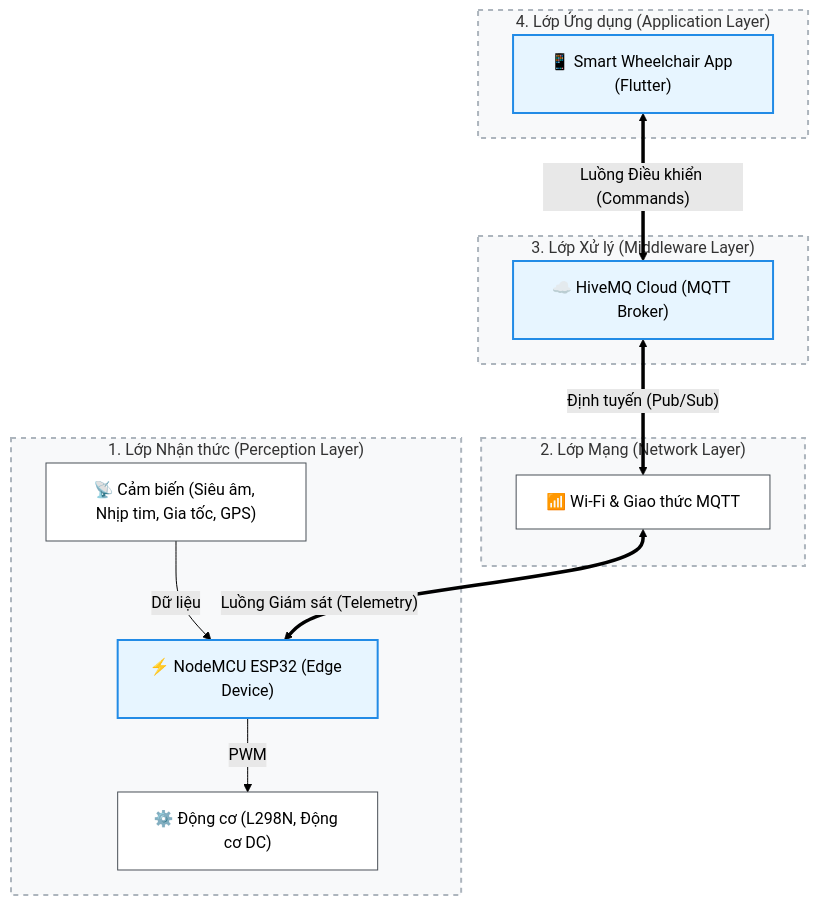
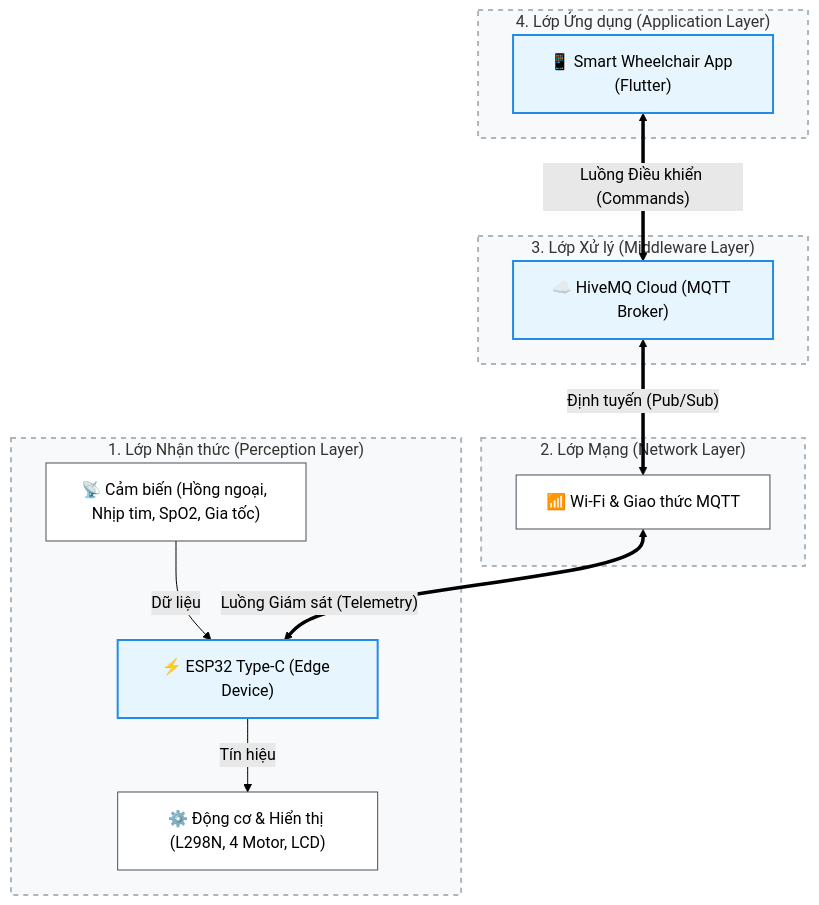
The diagram in README.md (l3-vu0ng/SmartWheelchair), drawn with Mermaid (forest theme) before and after one commit. The commit also changed other lines of this file and 38 other files, not shown here.

````diff
--- a/README.md
+++ b/README.md
@@ -47,34 +50,34 @@
 ```mermaid
 flowchart TD
     classDef layerFill fill:#f8f9fa,stroke:#adb5bd,stroke-width:2px,stroke-dasharray: 5 5
     classDef item fill:#ffffff,stroke:#495057,stroke-width:1px
     classDef highlight fill:#e7f5ff,stroke:#228be6,stroke-width:2px
 
     subgraph L4 ["4. Lớp Ứng dụng (Application Layer)"]
         App["📱 Smart Wheelchair App (Flutter)"]:::highlight
     end
 
     subgraph L3 ["3. Lớp Xử lý (Middleware Layer)"]
         Broker["☁️ HiveMQ Cloud (MQTT Broker)"]:::highlight
     end
 
     subgraph L2 ["2. Lớp Mạng (Network Layer)"]
         Network["📶 Wi-Fi & Giao thức MQTT"]:::item
     end
 
     subgraph L1 ["1. Lớp Nhận thức (Perception Layer)"]
-        ESP["⚡ NodeMCU ESP32 (Edge Device)"]:::highlight
-        Sensors["📡 Cảm biến (Siêu âm, Nhịp tim, Gia tốc, GPS)"]:::item
-        Motors["⚙️ Động cơ (L298N, Động cơ DC)"]:::item
+        ESP["⚡ ESP32 Type-C (Edge Device)"]:::highlight
+        Sensors["📡 Cảm biến (Hồng ngoại, Nhịp tim, SpO2, Gia tốc)"]:::item
+        Actuators["⚙️ Động cơ & Hiển thị (L298N, 4 Motor, LCD)"]:::item
         
         Sensors -- "Dữ liệu" --> ESP
-        ESP -- "PWM" --> Motors
+        ESP -- "Tín hiệu" --> Actuators
     end
 
     %% Liên kết giữa các lớp
     App <=="Luồng Điều khiển (Commands)"==> Broker
     Broker <=="Định tuyến (Pub/Sub)"==> Network
     Network <=="Luồng Giám sát (Telemetry)"==> ESP
 
     class L1,L2,L3,L4 layerFill
 ```
````
